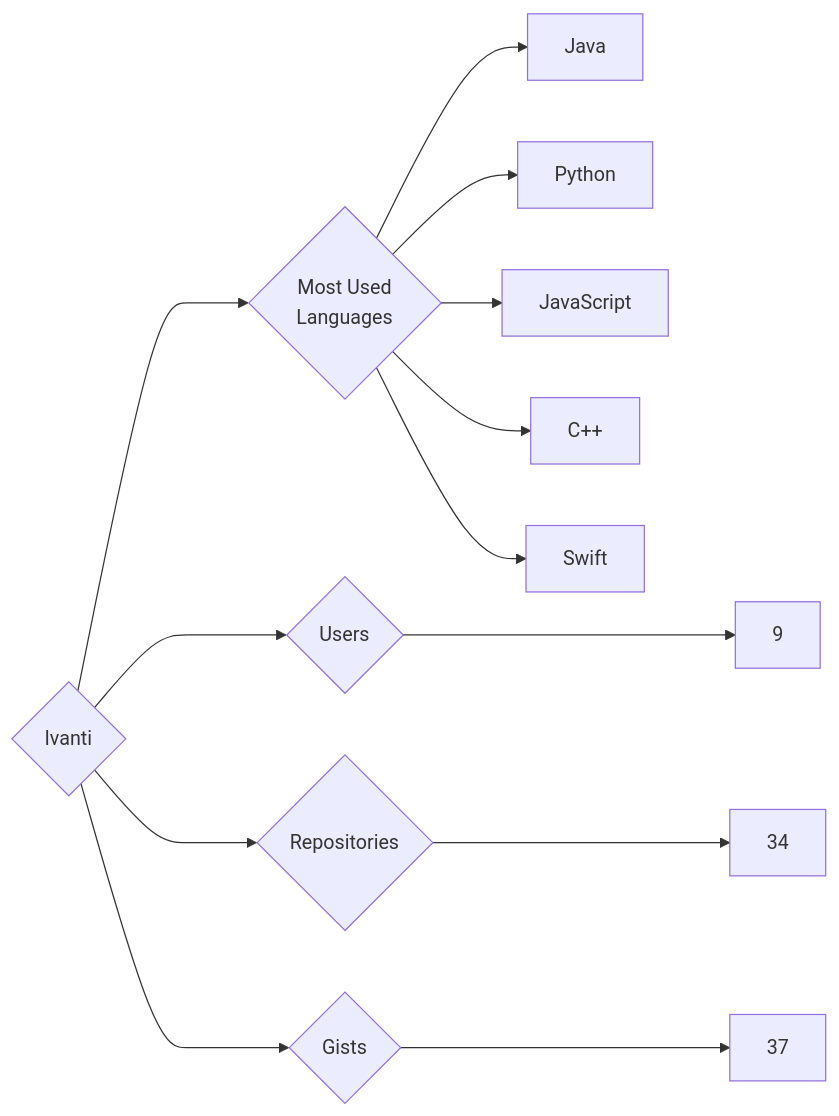
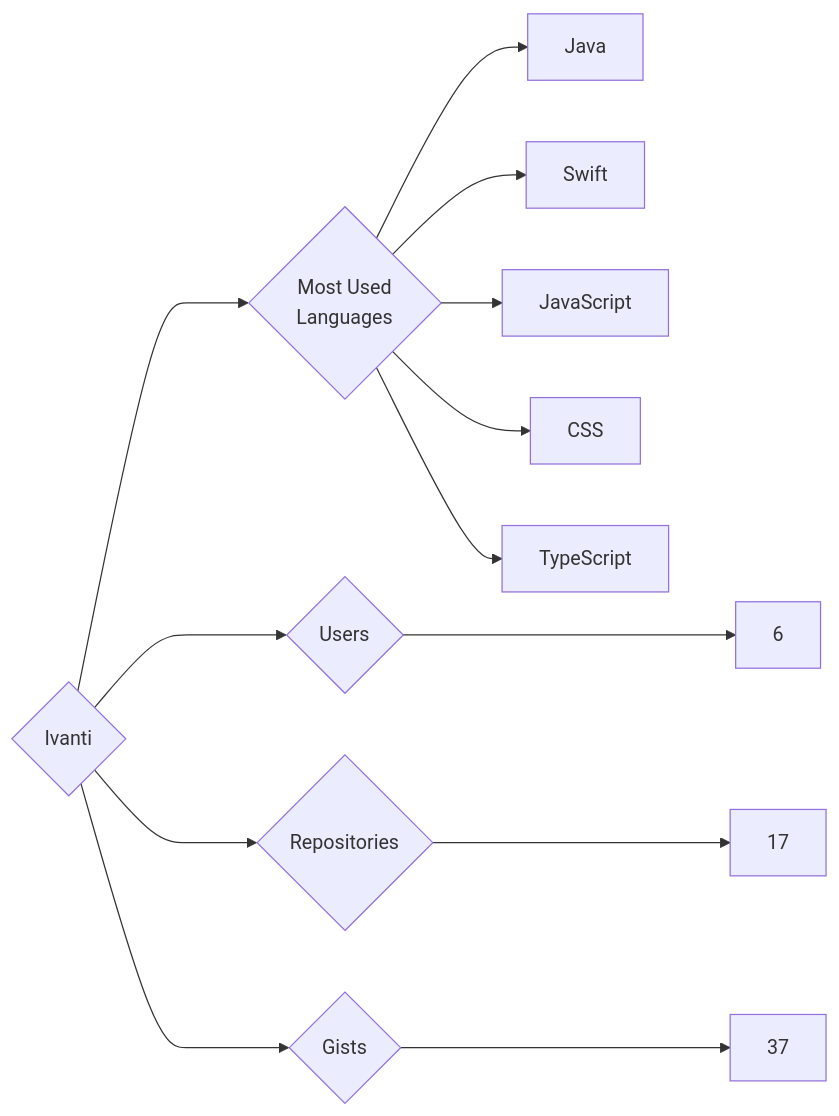
The diagram in targets/Ivanti/README.md (trickest/insiders), drawn with Mermaid before and after one commit. The commit also changed 1195 other files, not shown here.

````diff
--- a/targets/Ivanti/README.md
+++ b/targets/Ivanti/README.md
@@ -3,13 +3,13 @@
 ```mermaid
 graph LR
 COMPANY_NAME{Ivanti}
-COMPANY_NAME ---> U{Users} ---> UN[9]
-COMPANY_NAME ---> R{Repositories} ---> RN[34]
+COMPANY_NAME ---> U{Users} ---> UN[6]
+COMPANY_NAME ---> R{Repositories} ---> RN[17]
 COMPANY_NAME ---> G{Gists} ---> GN[37]
 COMPANY_NAME ---> ML{Most Used<br>Languages}
 ML --> Java[Java]
-ML --> Python[Python]
+ML --> Swift[Swift]
 ML --> JavaScript[JavaScript]
-ML --> C++[C++]
-ML --> Swift[Swift]
+ML --> CSS[CSS]
+ML --> TypeScript[TypeScript]
 ```
````
